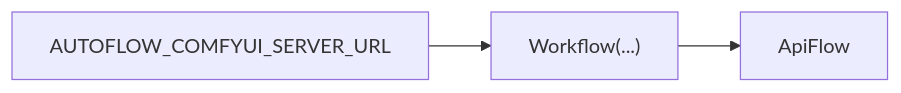
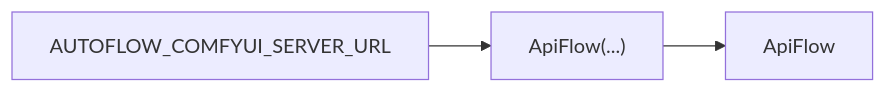
One commit to chrisdreid/comfyui-autoflow changed the second of 3 diagrams in docs/node-info-and-env.md. Above: the diagram before and after it, drawn with Mermaid. The commit also changed other lines of this file and 31 other files, not shown here.

Commit message:
Workflow class refactoring (Option A): absorbing auto-detection into ApiFlow, deprecating Workflow as a compatibility alias. Covers changes across models.py, flowtree.py, cli.py and smoke test results.

````diff
--- a/docs/node-info-and-env.md
+++ b/docs/node-info-and-env.md
@@ -31,5 +31,5 @@
 ```mermaid
 flowchart LR
-  env["AUTOFLOW_COMFYUI_SERVER_URL"] --> convert["Workflow(...)"]
+  env["AUTOFLOW_COMFYUI_SERVER_URL"] --> convert["ApiFlow(...)"]
   convert --> apiFlow["ApiFlow"]
 ```
````
